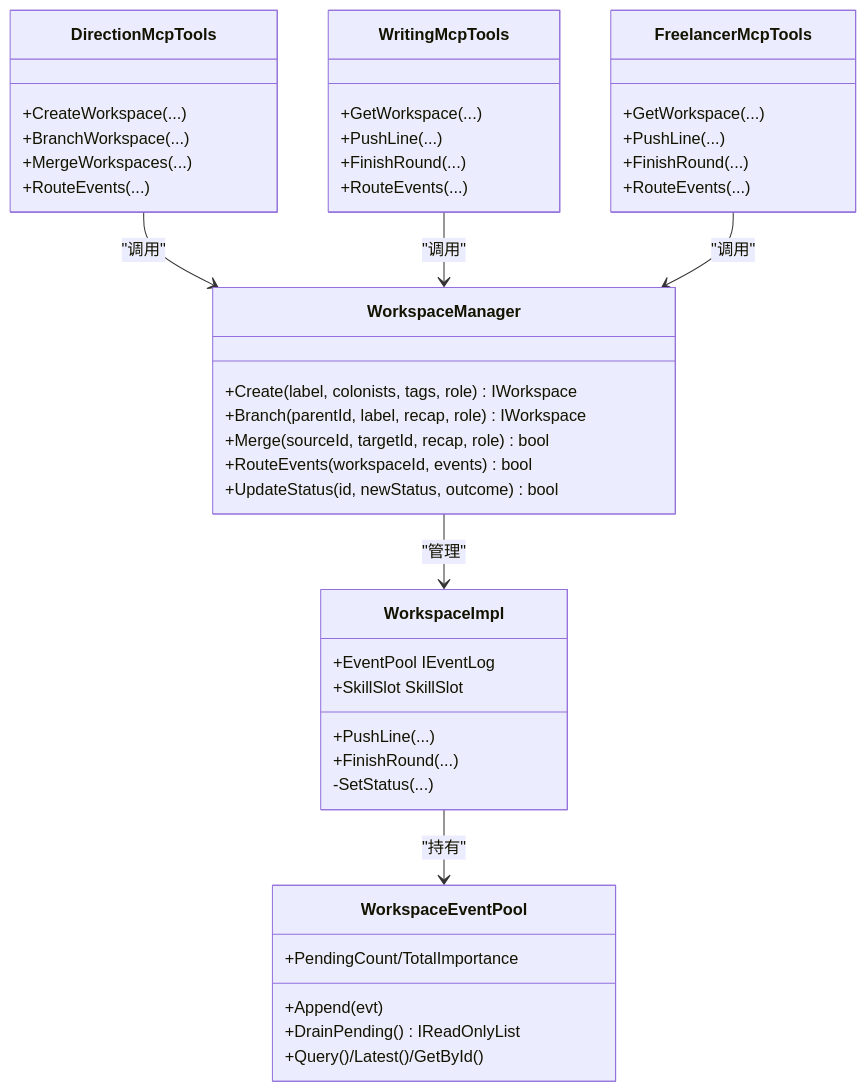
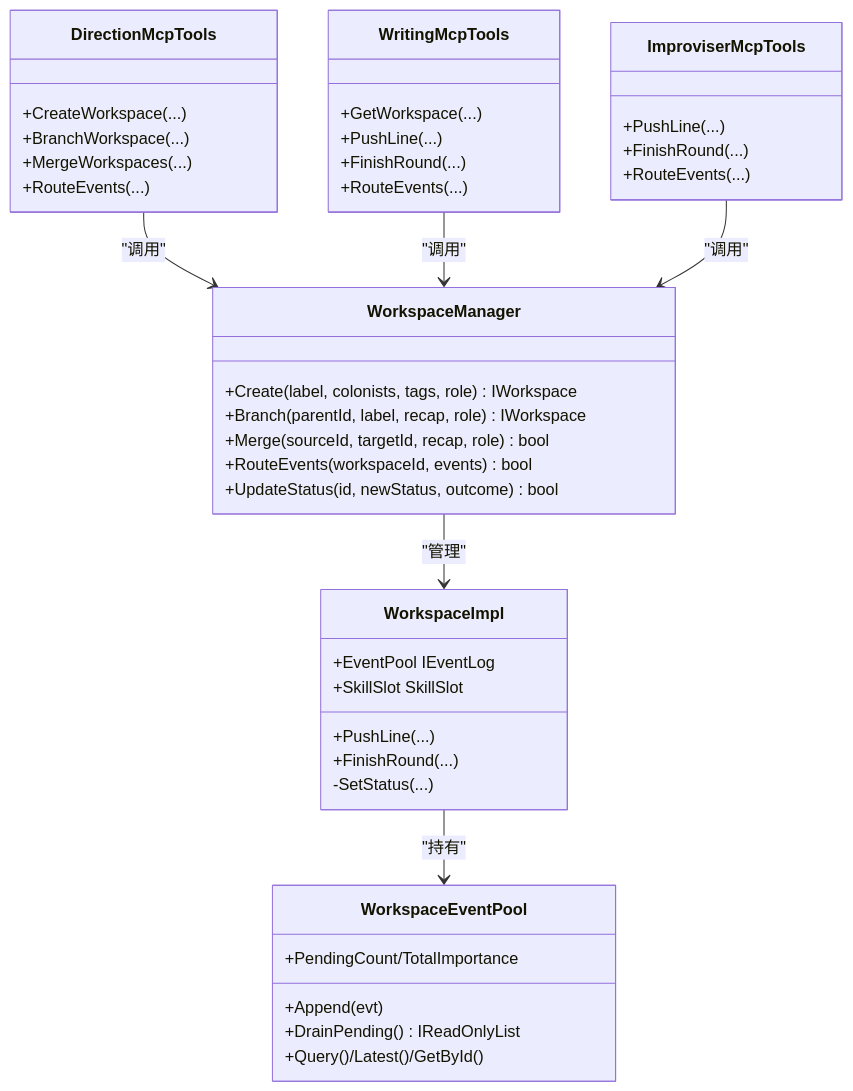
The seventh of 8 diagrams in .qoder/repowiki/zh/content/提示词系统.md (suzvka/NPCLife), drawn with Mermaid before and after one commit. The commit also changed other lines of this file and 25 other files, not shown here.

````diff
--- a/.qoder/repowiki/zh/content/提示词系统.md
+++ b/.qoder/repowiki/zh/content/提示词系统.md
@@ -272,46 +288,45 @@
 ```mermaid
 classDiagram
 class WorkspaceManager {
 +Create(label, colonists, tags, role) IWorkspace
 +Branch(parentId, label, recap, role) IWorkspace
 +Merge(sourceId, targetId, recap, role) bool
 +RouteEvents(workspaceId, events) bool
 +UpdateStatus(id, newStatus, outcome) bool
 }
 class WorkspaceImpl {
 +EventPool IEventLog
 +SkillSlot SkillSlot
 +PushLine(...)
 +FinishRound(...)
 -SetStatus(...)
 }
 class WorkspaceEventPool {
 +Append(evt)
 +DrainPending() IReadOnlyList
 +Query()/Latest()/GetById()
 +PendingCount/TotalImportance
 }
 class DirectionMcpTools {
 +CreateWorkspace(...)
 +BranchWorkspace(...)
 +MergeWorkspaces(...)
 +RouteEvents(...)
 }
 class WritingMcpTools {
 +GetWorkspace(...)
 +PushLine(...)
 +FinishRound(...)
 +RouteEvents(...)
 }
-class FreelancerMcpTools {
-+GetWorkspace(...)
+class ImproviserMcpTools {
 +PushLine(...)
 +FinishRound(...)
 +RouteEvents(...)
 }
 WorkspaceManager --> WorkspaceImpl : "管理"
 WorkspaceImpl --> WorkspaceEventPool : "持有"
 DirectionMcpTools --> WorkspaceManager : "调用"
 WritingMcpTools --> WorkspaceManager : "调用"
-FreelancerMcpTools --> WorkspaceManager : "调用"
+ImproviserMcpTools --> WorkspaceManager : "调用"
 ```
````
